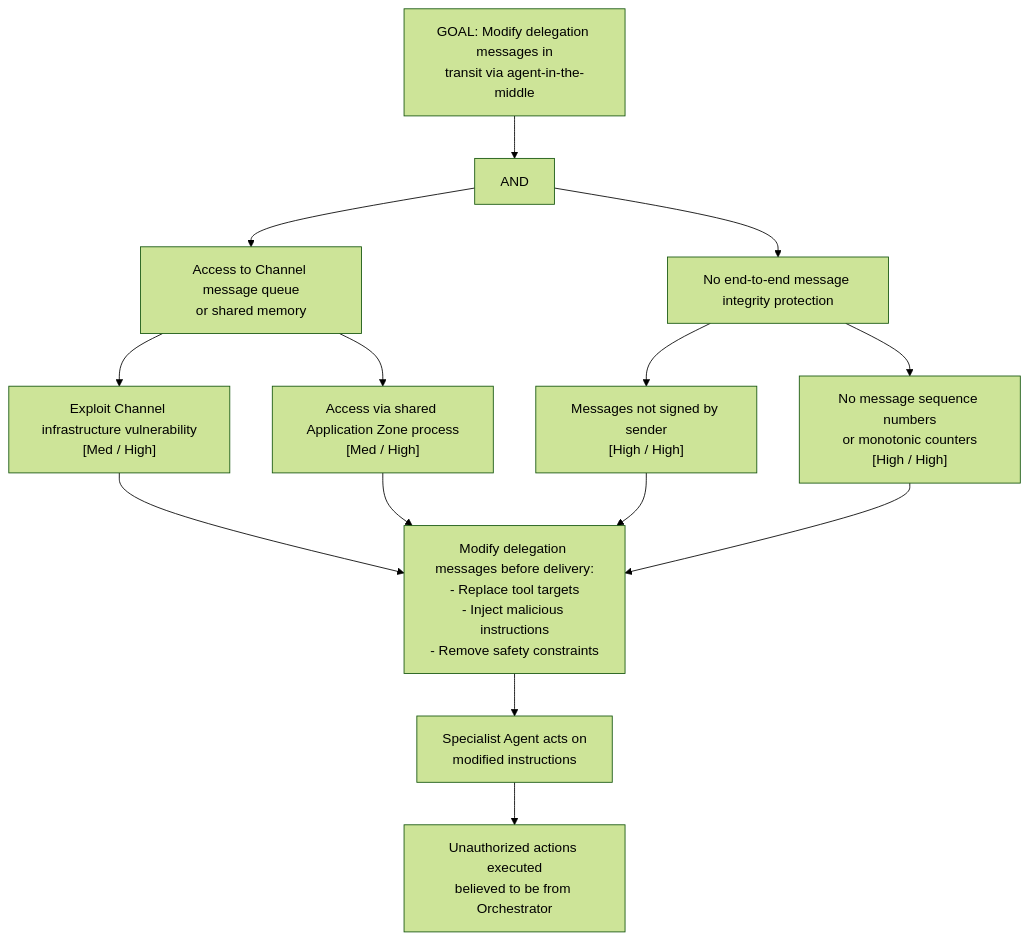
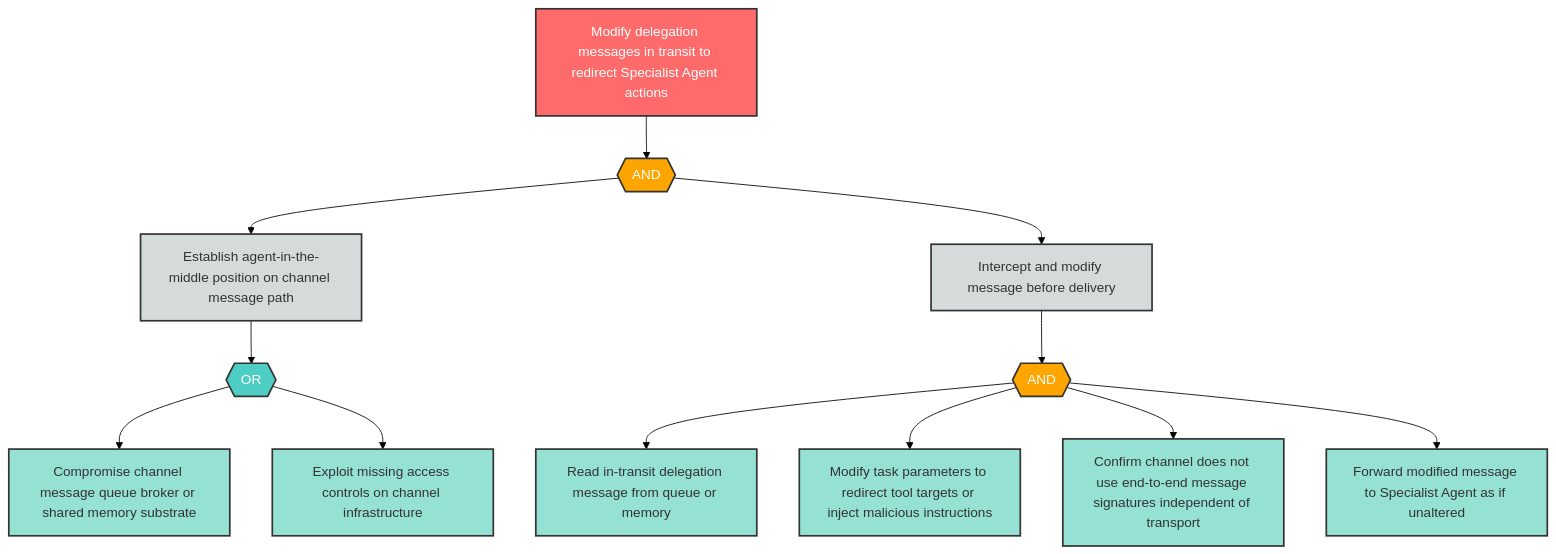
The diagram in examples/agentic-app/sample-report/attack-trees/t-4-attack-tree.md (q-qp-p/davidmatousek-tachi), drawn with Mermaid (forest theme) before and after one commit. The commit also changed other lines of this file and 156 other files, not shown here.

````diff
--- a/examples/agentic-app/sample-report/attack-trees/t-4-attack-tree.md
+++ b/examples/agentic-app/sample-report/attack-trees/t-4-attack-tree.md
@@ -10,17 +8,39 @@
 ```mermaid
-graph TD
-    GOAL["GOAL: Modify delegation messages in\ntransit via agent-in-the-middle"]
-    GOAL --> A["AND"]
-    A --> B["Access to Channel message queue\nor shared memory"]
-    A --> C["No end-to-end message integrity protection"]
-    B --> B1["Exploit Channel infrastructure vulnerability\n[Med / High]"]
-    B --> B2["Access via shared Application Zone process\n[Med / High]"]
-    C --> C1["Messages not signed by sender\n[High / High]"]
-    C --> C2["No message sequence numbers\nor monotonic counters\n[High / High]"]
-    B1 --> D["Modify delegation messages before delivery:\n- Replace tool targets\n- Inject malicious instructions\n- Remove safety constraints"]
-    B2 --> D
-    C1 --> D
-    C2 --> D
-    D --> E["Specialist Agent acts on\nmodified instructions"]
-    E --> F["Unauthorized actions executed\nbelieved to be from Orchestrator"]
+flowchart TD
+    T4_root["Modify delegation messages in transit to redirect Specialist Agent actions"]
+    T4_and1{{"AND"}}
+    T4_sub1["Establish agent-in-the-middle position on channel message path"]
+    T4_sub2["Intercept and modify message before delivery"]
+    T4_or1{{"OR"}}
+    T4_leaf1["Compromise channel message queue broker or shared memory substrate"]
+    T4_leaf2["Exploit missing access controls on channel infrastructure"]
+    T4_and2{{"AND"}}
+    T4_leaf3["Read in-transit delegation message from queue or memory"]
+    T4_leaf4["Modify task parameters to redirect tool targets or inject malicious instructions"]
+    T4_leaf5["Confirm channel does not use end-to-end message signatures independent of transport"]
+    T4_leaf6["Forward modified message to Specialist Agent as if unaltered"]
+
+    T4_root --> T4_and1
+    T4_and1 --> T4_sub1
+    T4_and1 --> T4_sub2
+    T4_sub1 --> T4_or1
+    T4_or1 --> T4_leaf1
+    T4_or1 --> T4_leaf2
+    T4_sub2 --> T4_and2
+    T4_and2 --> T4_leaf3
+    T4_and2 --> T4_leaf4
+    T4_and2 --> T4_leaf5
+    T4_and2 --> T4_leaf6
+
+    classDef goal fill:#ff6b6b,stroke:#333,stroke-width:2px,color:#fff
+    classDef andGate fill:#ffa500,stroke:#333,stroke-width:2px,color:#fff
+    classDef orGate fill:#4ecdc4,stroke:#333,stroke-width:2px,color:#fff
+    classDef subGoal fill:#d5dbdb,stroke:#333,stroke-width:2px,color:#333
+    classDef leaf fill:#95e1d3,stroke:#333,stroke-width:2px,color:#333
+
+    class T4_root goal
+    class T4_and1,T4_and2 andGate
+    class T4_or1 orGate
+    class T4_sub1,T4_sub2 subGoal
+    class T4_leaf1,T4_leaf2,T4_leaf3,T4_leaf4,T4_leaf5,T4_leaf6 leaf
 ```
````
